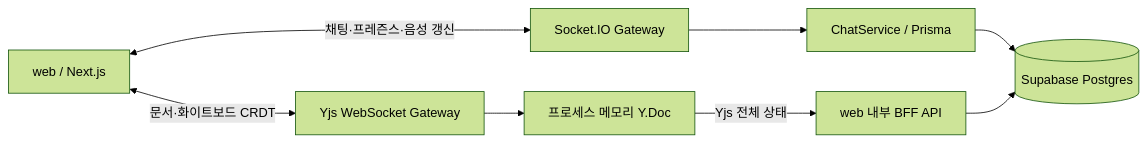
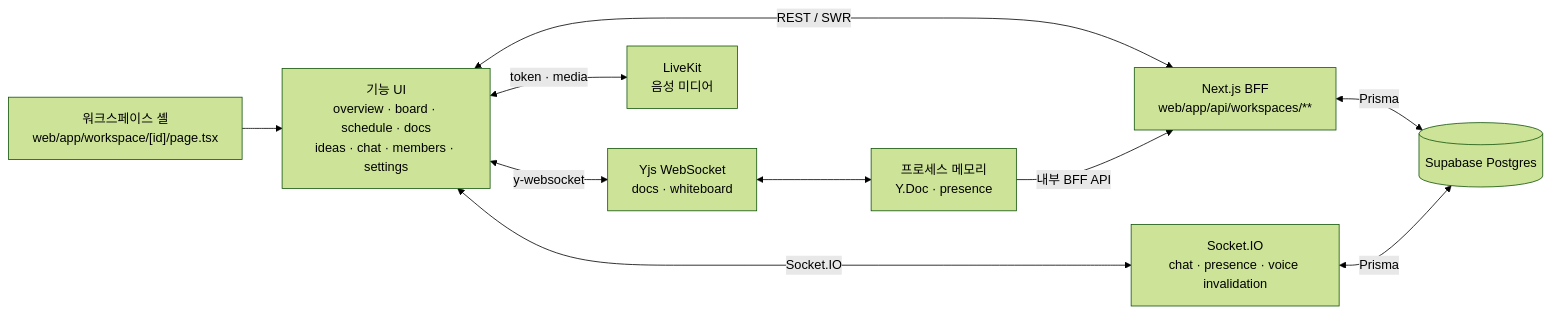
The diagram in workspace-server/README.md (Buc-Capstone-Dibut/buc_Capstone_DEMO), drawn with Mermaid (forest theme) before and after one commit. The commit also changed other lines of this file and 1 other file, not shown here.

Commit message:
docs(workspace): document current collaboration architecture

````diff
--- a/workspace-server/README.md
+++ b/workspace-server/README.md
@@ -9,18 +15,21 @@
 ```mermaid
 flowchart LR
-    Web[web / Next.js]
-    SIO[Socket.IO Gateway]
-    YWS[Yjs WebSocket Gateway]
-    Chat[ChatService / Prisma]
-    Memory[프로세스 메모리 Y.Doc]
-    BFF[web 내부 BFF API]
-    DB[(Supabase Postgres)]
+    Page["워크스페이스 셸<br/>web/app/workspace/[id]/page.tsx"]
+    UI["기능 UI<br/>overview · board · schedule · docs<br/>ideas · chat · members · settings"]
+    BFF["Next.js BFF<br/>web/app/api/workspaces/**"]
+    DB[("Supabase Postgres")]
+    SIO["Socket.IO<br/>chat · presence · voice invalidation"]
+    YWS["Yjs WebSocket<br/>docs · whiteboard"]
+    Memory["프로세스 메모리<br/>Y.Doc · presence"]
+    LiveKit["LiveKit<br/>음성 미디어"]
 
-    Web <-->|채팅·프레즌스·음성 갱신| SIO
-    SIO --> Chat
-    Chat --> DB
-    Web <-->|문서·화이트보드 CRDT| YWS
-    YWS --> Memory
-    Memory -->|Yjs 전체 상태| BFF
-    BFF --> DB
+    Page --> UI
+    UI <-->|REST / SWR| BFF
+    BFF <-->|Prisma| DB
+    UI <-->|Socket.IO| SIO
+    SIO <-->|Prisma| DB
+    UI <-->|y-websocket| YWS
+    YWS <--> Memory
+    Memory -->|내부 BFF API| BFF
+    UI <-->|token · media| LiveKit
 ```
````
